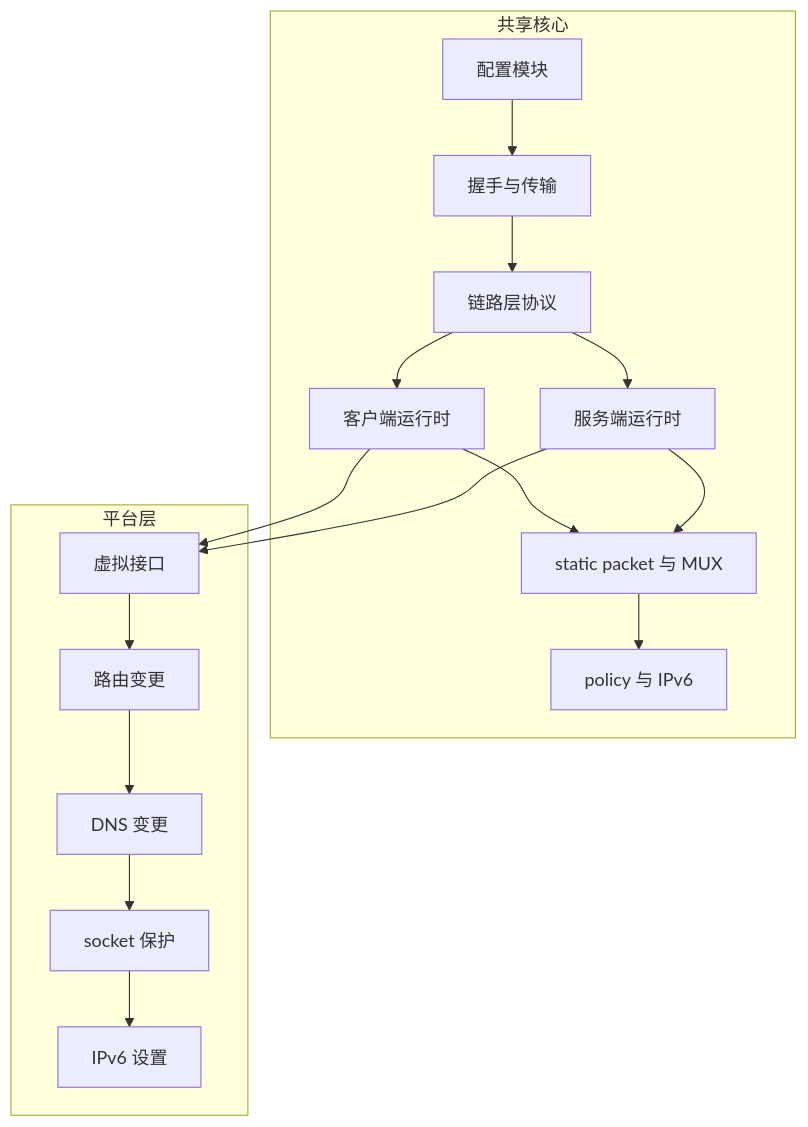
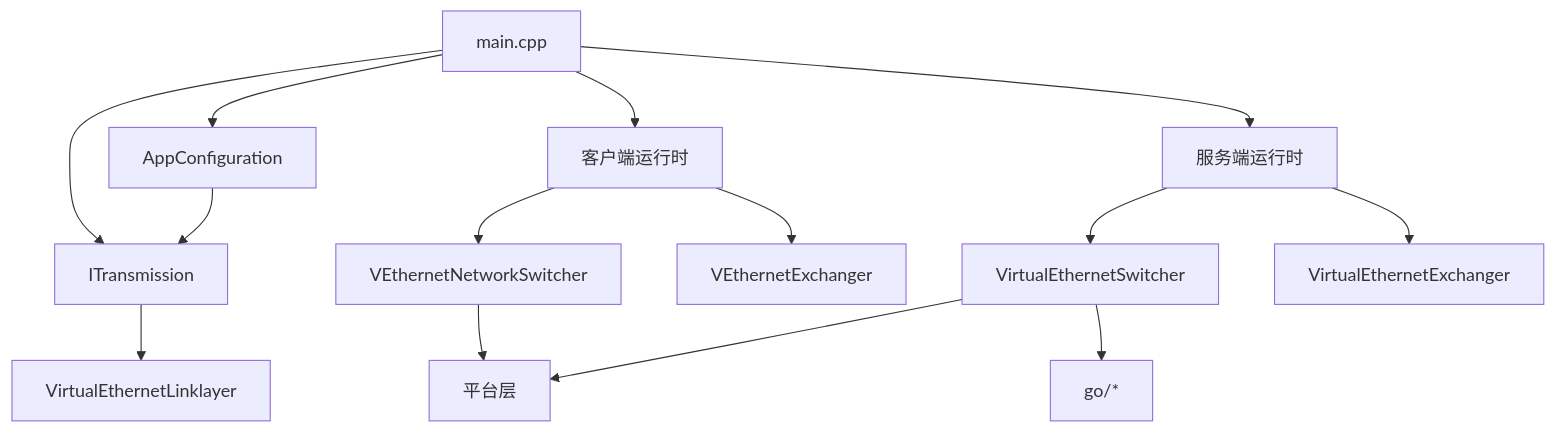
One commit to HyacinthHaru/openppp2 changed the diagram in docs/ARCHITECTURE_CN.md. Above: the diagram before and after it, drawn with Mermaid. The commit also changed other lines of this file and 45 other files, not shown here.

````diff
--- a/docs/ARCHITECTURE_CN.md
+++ b/docs/ARCHITECTURE_CN.md
@@ -116,22 +25,16 @@
 ```mermaid
-flowchart TD
-    subgraph 共享核心
-        A[配置模块] --> B[握手与传输]
-        B --> C[链路层协议]
-        C --> D[客户端运行时]
-        C --> E[服务端运行时]
-        D --> F[static packet 与 MUX]
-        E --> F
-        F --> G[policy 与 IPv6]
-    end
-    
-    subgraph 平台层
-        H[虚拟接口] --> I[路由变更]
-        I --> J[DNS 变更]
-        J --> K[socket 保护]
-        K --> L[IPv6 设置]
-    end
-    
-    D --> H
-    E --> H
+graph TD
+    A[main.cpp] --> B[AppConfiguration]
+    A --> C[ITransmission]
+    A --> D[客户端运行时]
+    A --> E[服务端运行时]
+    B --> C
+    C --> F[VirtualEthernetLinklayer]
+    D --> G[VEthernetNetworkSwitcher]
+    D --> H[VEthernetExchanger]
+    E --> I[VirtualEthernetSwitcher]
+    E --> J[VirtualEthernetExchanger]
+    G --> K[平台层]
+    I --> K
+    I --> L[go/*]
 ```
````
